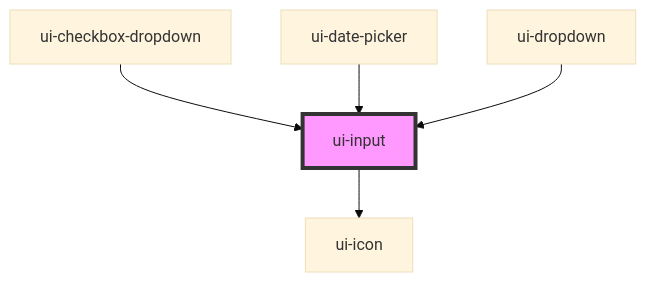
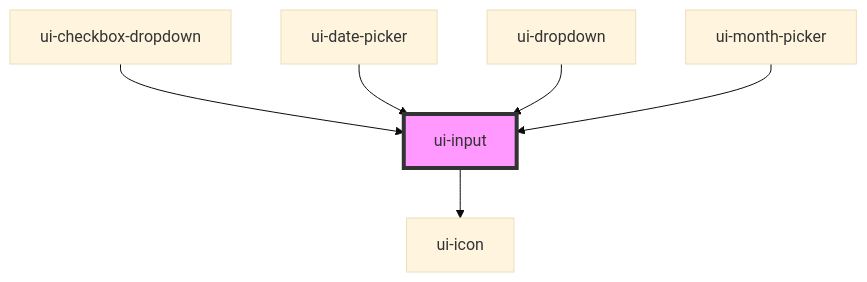
Before and after one commit to karan-technous/web-componenets-custome-lib: the diagram in ui-platform/packages/web-components/src/components/ui-input/readme.md, drawn with Mermaid (base theme). The commit also changed other lines of this file and 19 other files, not shown here.

Commit message:
month picker added

````diff
--- a/ui-platform/packages/web-components/src/components/ui-input/readme.md
+++ b/ui-platform/packages/web-components/src/components/ui-input/readme.md
@@ -47,8 +48,9 @@
 ```mermaid
 graph TD;
   ui-input --> ui-icon
   ui-checkbox-dropdown --> ui-input
   ui-date-picker --> ui-input
   ui-dropdown --> ui-input
+  ui-month-picker --> ui-input
   style ui-input fill:#f9f,stroke:#333,stroke-width:4px
 ```
````
